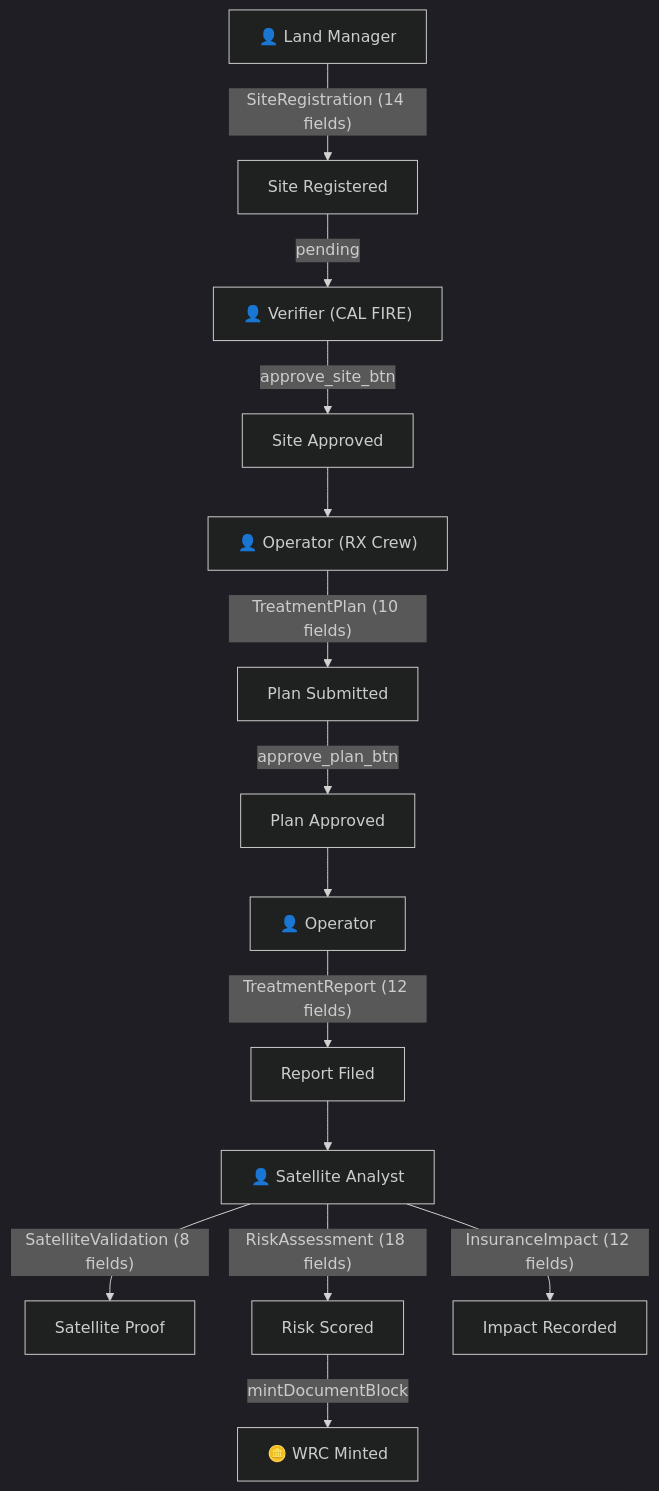
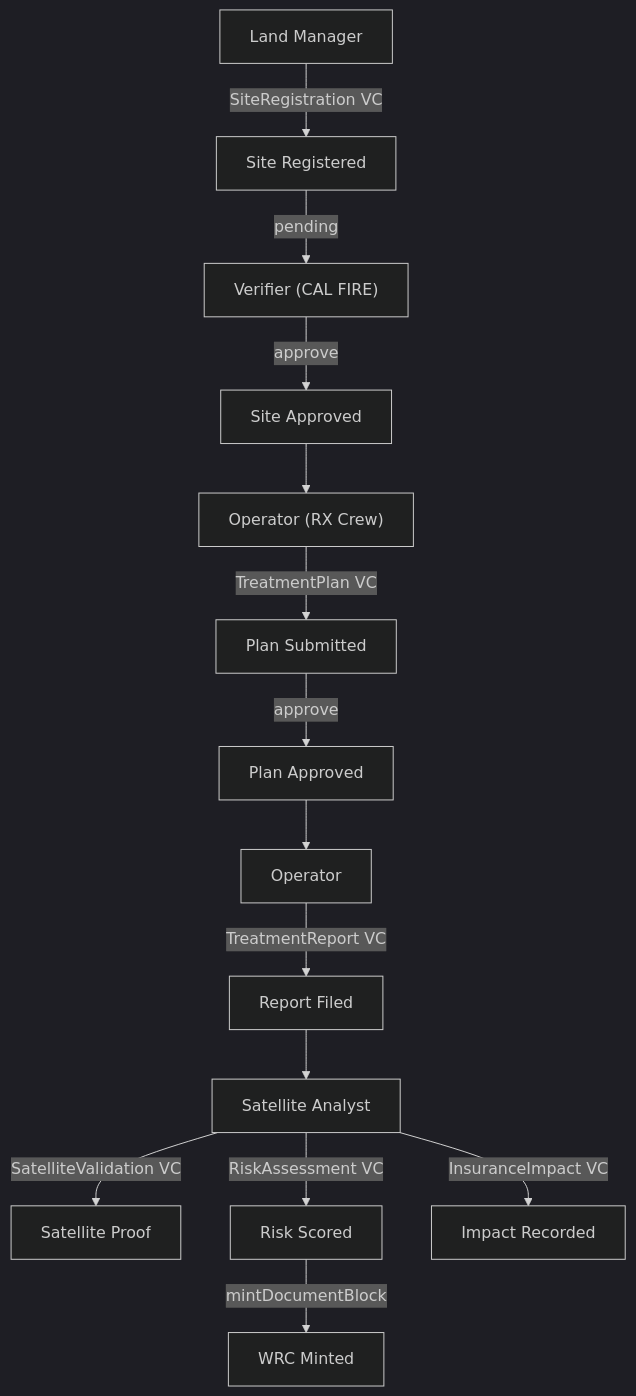
The diagram in README.md (akash-mondal/hestia), drawn with Mermaid (dark theme) before and after one commit. The commit also changed other lines of this file and 16 other files, not shown here.

````diff
--- a/README.md
+++ b/README.md
@@ -144,19 +50,16 @@
 ```mermaid
 graph TD
-    LM["👤 Land Manager"] -->|"SiteRegistration (14 fields)"| REG[Site Registered]
-    REG -->|pending| VER["👤 Verifier (CAL FIRE)"]
-    VER -->|"approve_site_btn"| APPROVED[Site Approved]
-
-    APPROVED --> OP["👤 Operator (RX Crew)"]
-    OP -->|"TreatmentPlan (10 fields)"| PLAN[Plan Submitted]
-    PLAN -->|"approve_plan_btn"| PLAN_OK[Plan Approved]
-
-    PLAN_OK --> OP2["👤 Operator"]
-    OP2 -->|"TreatmentReport (12 fields)"| REPORT[Report Filed]
-
-    REPORT --> SAT["👤 Satellite Analyst"]
-    SAT -->|"SatelliteValidation (8 fields)"| VALID[Satellite Proof]
-    SAT -->|"RiskAssessment (18 fields)"| RISK[Risk Scored]
-    RISK -->|"mintDocumentBlock"| MINT["🪙 WRC Minted"]
-    SAT -->|"InsuranceImpact (12 fields)"| INS[Impact Recorded]
+    LM["Land Manager"] -->|SiteRegistration VC| REG[Site Registered]
+    REG -->|pending| VER["Verifier (CAL FIRE)"]
+    VER -->|approve| APPROVED[Site Approved]
+    APPROVED --> OP["Operator (RX Crew)"]
+    OP -->|TreatmentPlan VC| PLAN[Plan Submitted]
+    PLAN -->|approve| PLAN_OK[Plan Approved]
+    PLAN_OK --> OP2[Operator]
+    OP2 -->|TreatmentReport VC| REPORT[Report Filed]
+    REPORT --> SAT["Satellite Analyst"]
+    SAT -->|SatelliteValidation VC| VALID[Satellite Proof]
+    SAT -->|RiskAssessment VC| RISK[Risk Scored]
+    RISK -->|mintDocumentBlock| MINT["WRC Minted"]
+    SAT -->|InsuranceImpact VC| INS[Impact Recorded]
 ```
````
